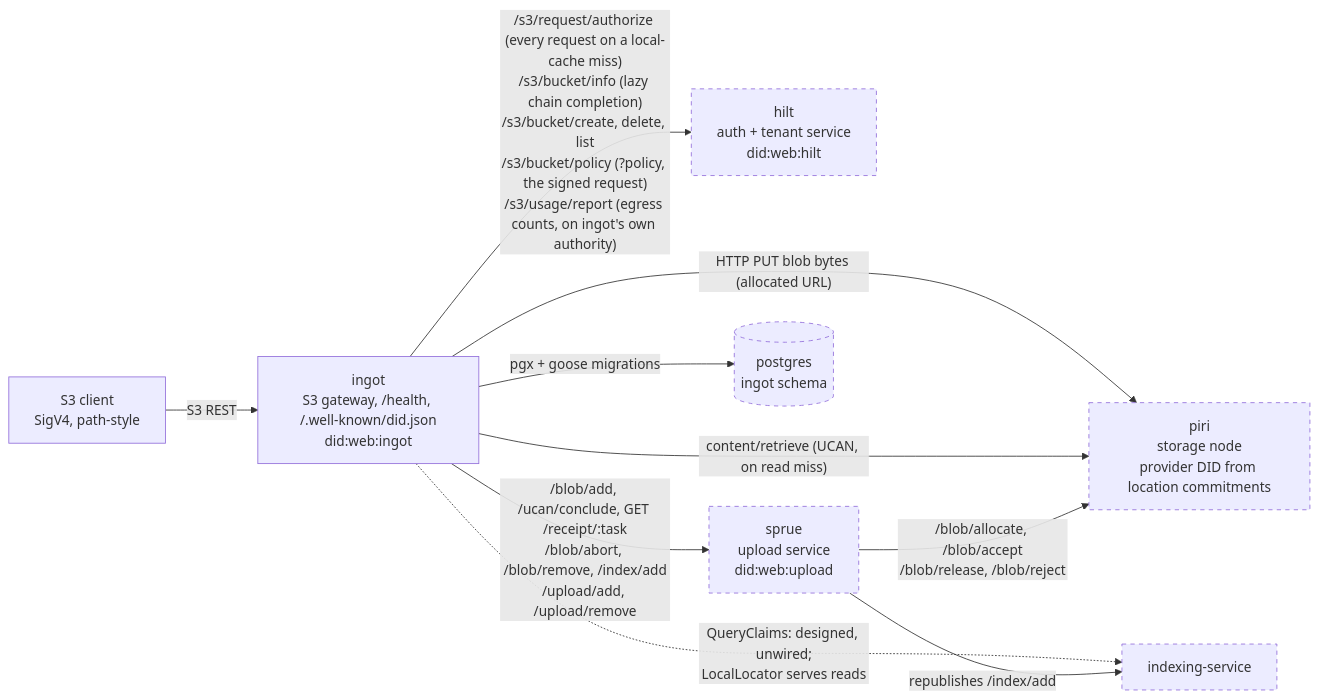
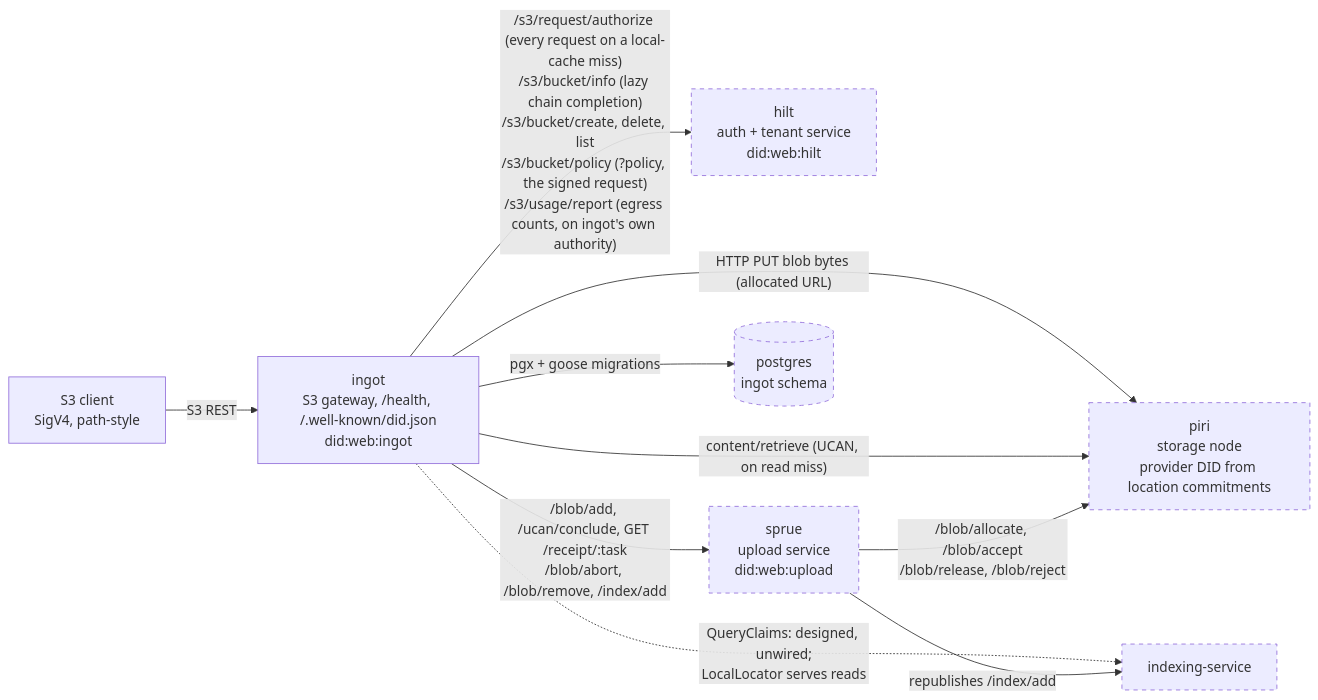
One commit to fil-forge/ingot changed the first of 15 diagrams in docs/diagrams.md. Above: the diagram before and after it, drawn with Mermaid. The commit also changed other lines of this file and 54 other files, not shown here.

````diff
--- a/docs/diagrams.md
+++ b/docs/diagrams.md
@@ -46,23 +46,23 @@
 ```mermaid
 flowchart LR
     client["S3 client<br/>SigV4, path-style"]
     ingot["ingot<br/>S3 gateway, /health, /.well-known/did.json<br/>did:web:ingot"]
     hilt["hilt<br/>auth + tenant service<br/>did:web:hilt"]
     sprue["sprue<br/>upload service<br/>did:web:upload"]
     piri["piri<br/>storage node<br/>provider DID from location commitments"]
     pg[("postgres<br/>ingot schema")]
     idx["indexing-service"]
 
     client -->|"S3 REST"| ingot
     ingot -->|"/s3/request/authorize (every request on a local-cache miss)<br/>/s3/bucket/info (lazy chain completion)<br/>/s3/bucket/create, delete, list<br/>/s3/bucket/policy (?policy, the signed request)<br/>/s3/usage/report (egress counts, on ingot's own authority)"| hilt
-    ingot -->|"/blob/add, /ucan/conclude, GET /receipt/:task<br/>/blob/abort, /blob/remove, /index/add<br/>/upload/add, /upload/remove"| sprue
+    ingot -->|"/blob/add, /ucan/conclude, GET /receipt/:task<br/>/blob/abort, /blob/remove, /index/add"| sprue
     ingot -->|"HTTP PUT blob bytes (allocated URL)"| piri
     ingot -->|"content/retrieve (UCAN, on read miss)"| piri
     ingot -->|"pgx + goose migrations"| pg
     ingot -.->|"QueryClaims: designed, unwired;<br/>LocalLocator serves reads"| idx
     sprue -->|"/blob/allocate, /blob/accept<br/>/blob/release, /blob/reject"| piri
     sprue -->|"republishes /index/add"| idx
 
     classDef external stroke-dasharray: 5 5
     class hilt,sprue,piri,pg,idx external
 ```
````
